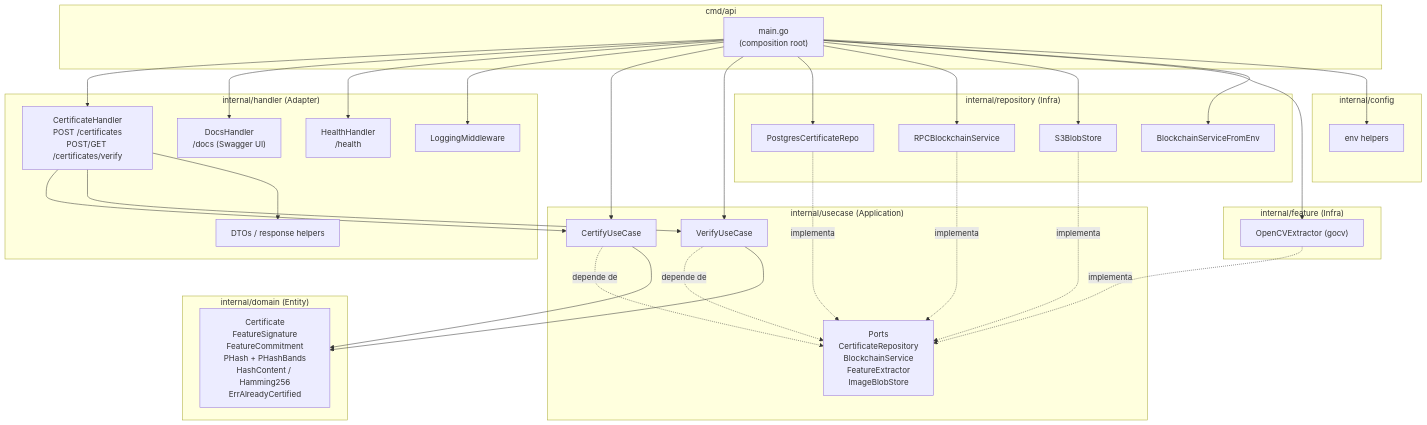
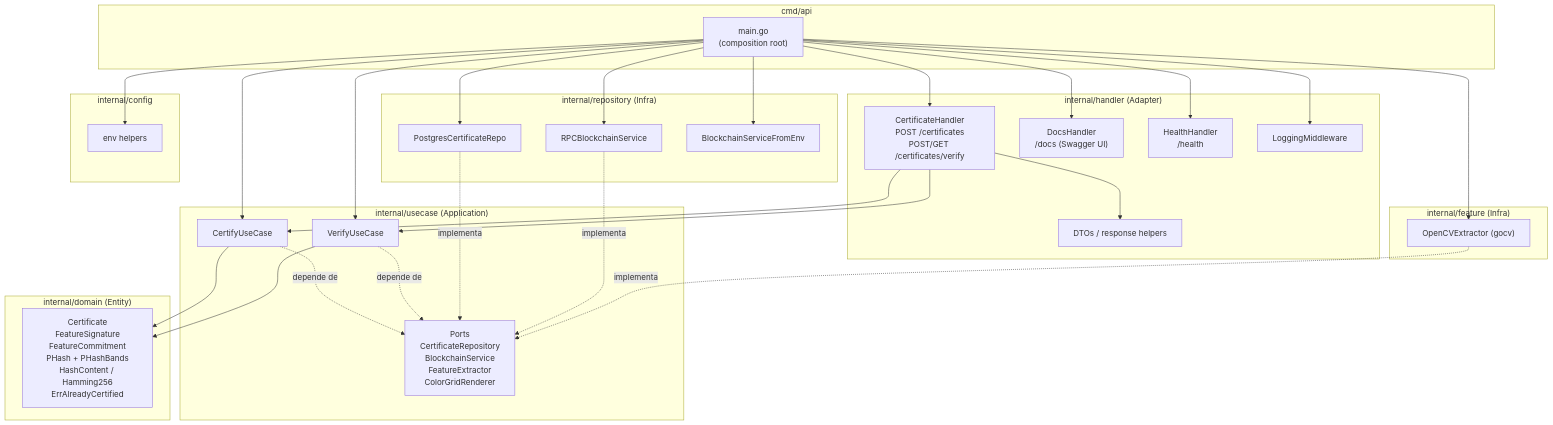
One commit to waizbart/aletheia-api changed the second of 5 diagrams in docs/ARCHITECTURE.md. Above: the diagram before and after it, drawn with Mermaid. The commit also changed other lines of this file and 4 other files, not shown here.

````diff
--- a/docs/ARCHITECTURE.md
+++ b/docs/ARCHITECTURE.md
@@ -40,58 +38,56 @@
 ```mermaid
 flowchart TB
     subgraph cmd["cmd/api"]
         MAIN["main.go<br/>(composition root)"]
     end
 
     subgraph handler["internal/handler (Adapter)"]
         H_CERT["CertificateHandler<br/>POST /certificates<br/>POST/GET /certificates/verify"]
         H_DOCS["DocsHandler<br/>/docs (Swagger UI)"]
         H_HEAL["HealthHandler<br/>/health"]
         MID["LoggingMiddleware"]
         DTO["DTOs / response helpers"]
     end
 
     subgraph usecase["internal/usecase (Application)"]
         UC_C["CertifyUseCase"]
         UC_V["VerifyUseCase"]
-        PORTS["Ports<br/>CertificateRepository<br/>BlockchainService<br/>FeatureExtractor<br/>ImageBlobStore"]
+        PORTS["Ports<br/>CertificateRepository<br/>BlockchainService<br/>FeatureExtractor<br/>ColorGridRenderer"]
     end
 
     subgraph domain["internal/domain (Entity)"]
         ENT["Certificate<br/>FeatureSignature<br/>FeatureCommitment<br/>PHash + PHashBands<br/>HashContent / Hamming256<br/>ErrAlreadyCertified"]
     end
 
     subgraph repo["internal/repository (Infra)"]
         PG["PostgresCertificateRepo"]
         EVM["RPCBlockchainService"]
-        BLOB["S3BlobStore"]
         FACT["BlockchainServiceFromEnv"]
     end
 
     subgraph feature["internal/feature (Infra)"]
         ORB["OpenCVExtractor (gocv)"]
     end
 
     subgraph config["internal/config"]
         CFG["env helpers"]
     end
 
     MAIN --> H_CERT & H_DOCS & H_HEAL & MID
     MAIN --> UC_C & UC_V
-    MAIN --> PG & EVM & BLOB & ORB & FACT
+    MAIN --> PG & EVM & ORB & FACT
     MAIN --> CFG
 
     H_CERT --> UC_C
     H_CERT --> UC_V
     H_CERT --> DTO
 
     UC_C -. depende de .-> PORTS
     UC_V -. depende de .-> PORTS
     UC_C --> ENT
     UC_V --> ENT
 
     PG -. implementa .-> PORTS
     EVM -. implementa .-> PORTS
-    BLOB -. implementa .-> PORTS
     ORB -. implementa .-> PORTS
 ```
````
